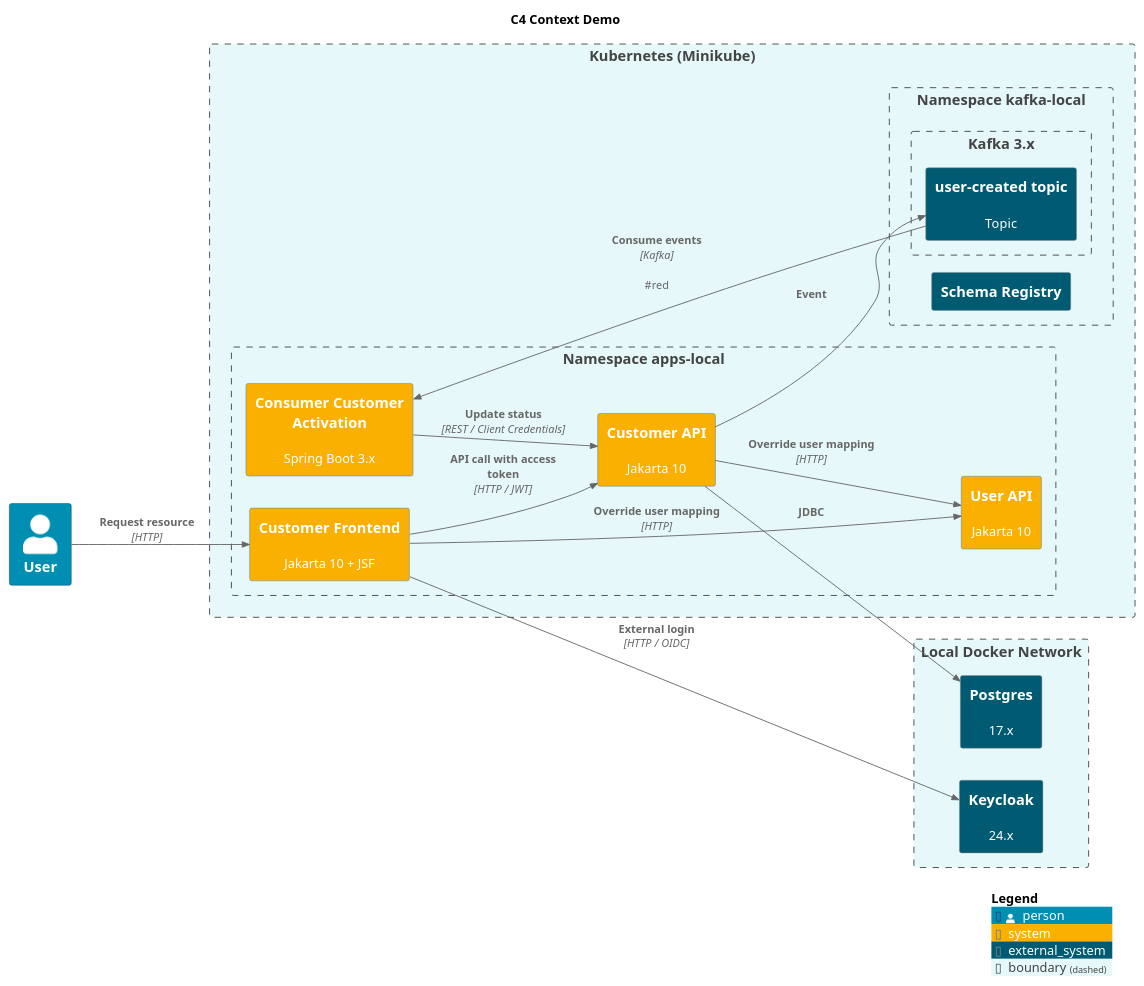
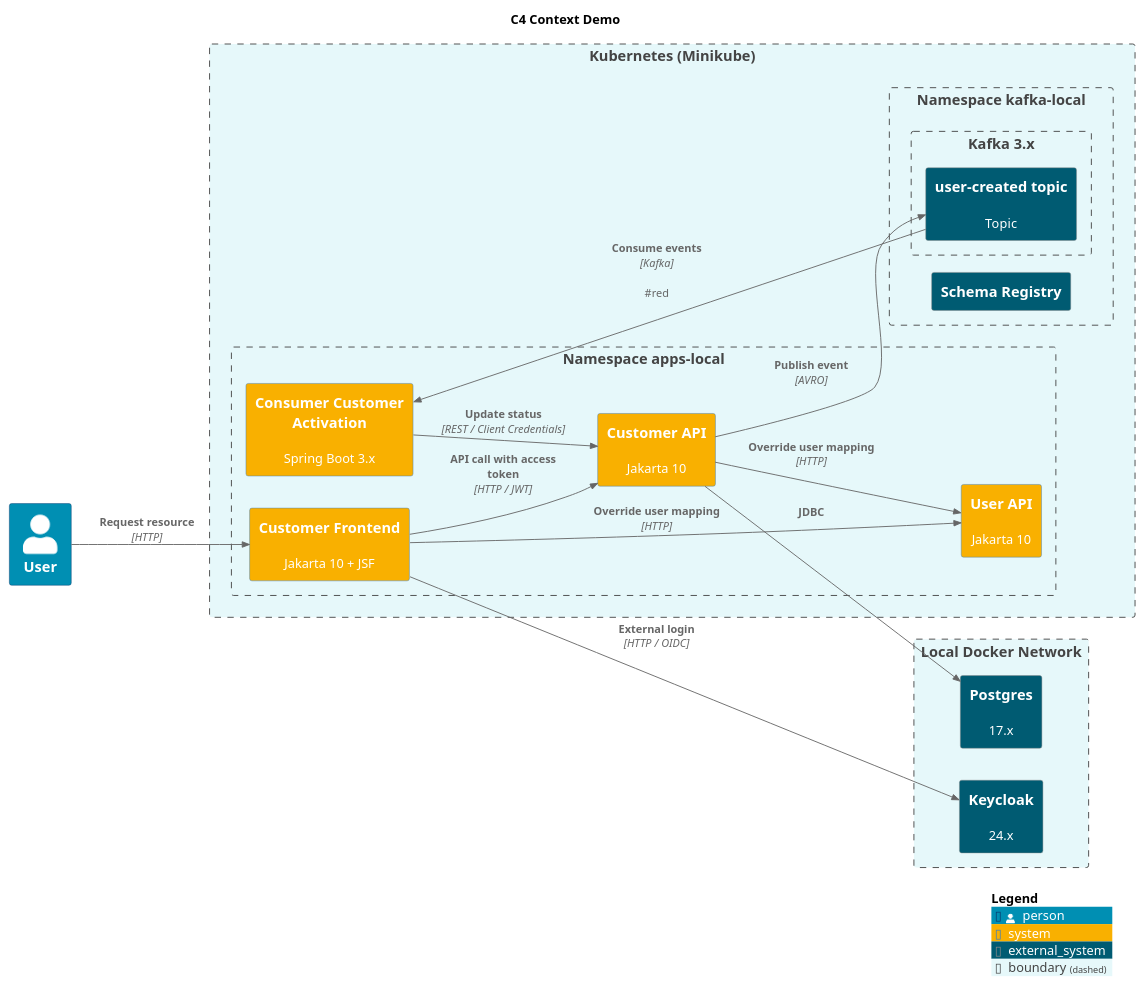
One commit to labcabrera/sample-jakarta-10-wildfly-oidc-integration changed the diagram in resources/diagrams/c4-context-customer-creation.plantuml. Above: the diagram before and after it, drawn with PlantUML. The commit also changed 13 other files, not shown here.

Commit message:
Initial avro serialization in consumer api.

```diff
--- a/resources/diagrams/c4-context-customer-creation.plantuml
+++ b/resources/diagrams/c4-context-customer-creation.plantuml
@@ -1,53 +1,57 @@
 @startuml C4 Context Demo
 title C4 Context Demo
 
 !include https://raw.githubusercontent.com/plantuml-stdlib/C4-PlantUML/master/C4_Context.puml
 
 LAYOUT_LEFT_RIGHT()
 
 UpdateElementStyle(person, $bgColor="#008fb3")
 UpdateElementStyle(system, $bgColor="#f9b000")
 UpdateElementStyle(external_system, $bgColor="#005b72")
 UpdateElementStyle(boundary, $bgColor="#e6f8fa")
 
 Person(user, "User")
 
 Boundary(k8s, "Kubernetes (Minikube)") {
     Boundary(namespace_mcm_local, "Namespace apps-local", "", $tags="k8s_namespace") {
         System(customer_api, "Customer API", "Jakarta 10")
         System(customer_fe, "Customer Frontend", "Jakarta 10 + JSF")
         System(user_api, "User API", "Jakarta 10")
         System(customer_consumer, "Consumer Customer Activation", "Spring Boot 3.x")
+        ' System(customer_job, "Customer Job", "CronJob Python")
     }
     Boundary(namespace_mcm_local_kafka, "Namespace kafka-local") {
         Boundary(kafka_boundary, "Kafka 3.x") {
             System_Ext(kafka_created_consumer_topic, "user-created topic", "Topic", $tags="queue")
         }
         System_Ext(schema_registry, "Schema Registry")
     }
 }
 
 Boundary(localDockerNetwork, "Local Docker Network") {
     System_Ext(keycloak, "Keycloak", "24.x")
     System_Ext(postgres, "Postgres", "17.x")
 }
 
 Rel(user, customer_fe, "Request resource", "HTTP")
 
 Rel(customer_fe, keycloak, "External login", "HTTP / OIDC")
 
 Rel(customer_fe, customer_api, "API call with access token", "HTTP / JWT")
 
 Rel(customer_api, postgres, "JDBC")
-Rel(customer_api, kafka_created_consumer_topic, "Event")
+Rel(customer_api, kafka_created_consumer_topic, "Publish event", "AVRO")
 
 Rel(customer_fe, user_api, "Override user mapping", "HTTP")
 Rel(customer_api, user_api, "Override user mapping", "HTTP")
 
 Rel(kafka_created_consumer_topic, customer_consumer, "Consume events", "Kafka", "#red")
 
 Rel(customer_consumer, customer_api, "Update status", "REST / Client Credentials")
 
+' Rel(customer_job, postgres, "Read pending")
+' Rel(customer_job, kafka_created_consumer_topic, "Queue events", "AVRO")
+
 SHOW_LEGEND()
 
 @enduml
```
